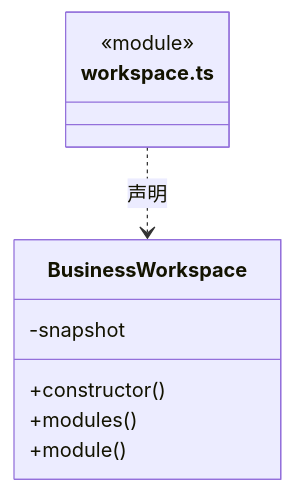
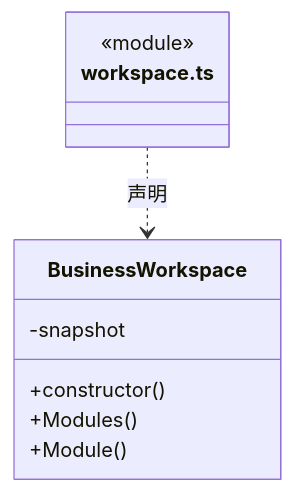
The fourth of 6 diagrams in src/logic/knowledge/rules/read-models/ARCHITECTURE.md (nan023062/cbim), drawn with Mermaid before and after one commit. The commit also changed other lines of this file and 1035 other files, not shown here.

````diff
--- a/src/logic/knowledge/rules/read-models/ARCHITECTURE.md
+++ b/src/logic/knowledge/rules/read-models/ARCHITECTURE.md
@@ -67,13 +67,13 @@
 ```mermaid
 classDiagram
 class N_src_logic_knowledge_rules_read_models_workspace_ts["workspace.ts"] {
   <<module>>
 }
 class N_src_logic_knowledge_rules_read_models_workspace_ts_BusinessWorkspace["BusinessWorkspace"] {
   +constructor()
-  +modules()
-  +module()
+  +Modules()
+  +Module()
   -snapshot
 }
 N_src_logic_knowledge_rules_read_models_workspace_ts ..> N_src_logic_knowledge_rules_read_models_workspace_ts_BusinessWorkspace : 声明
 ```
````
